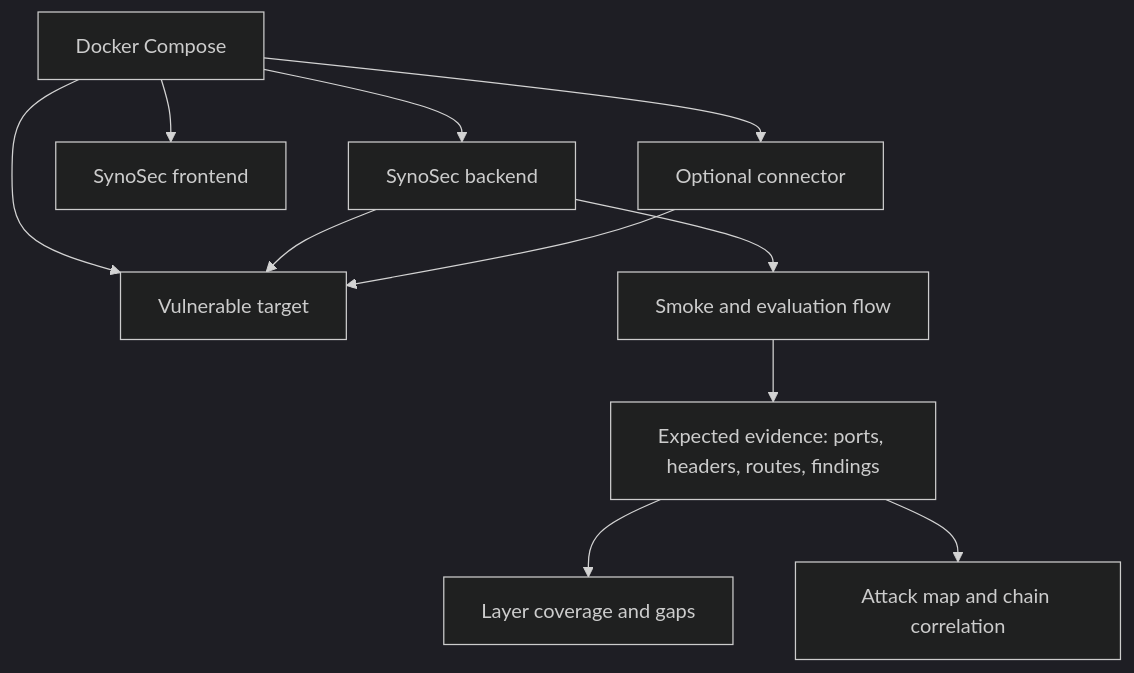
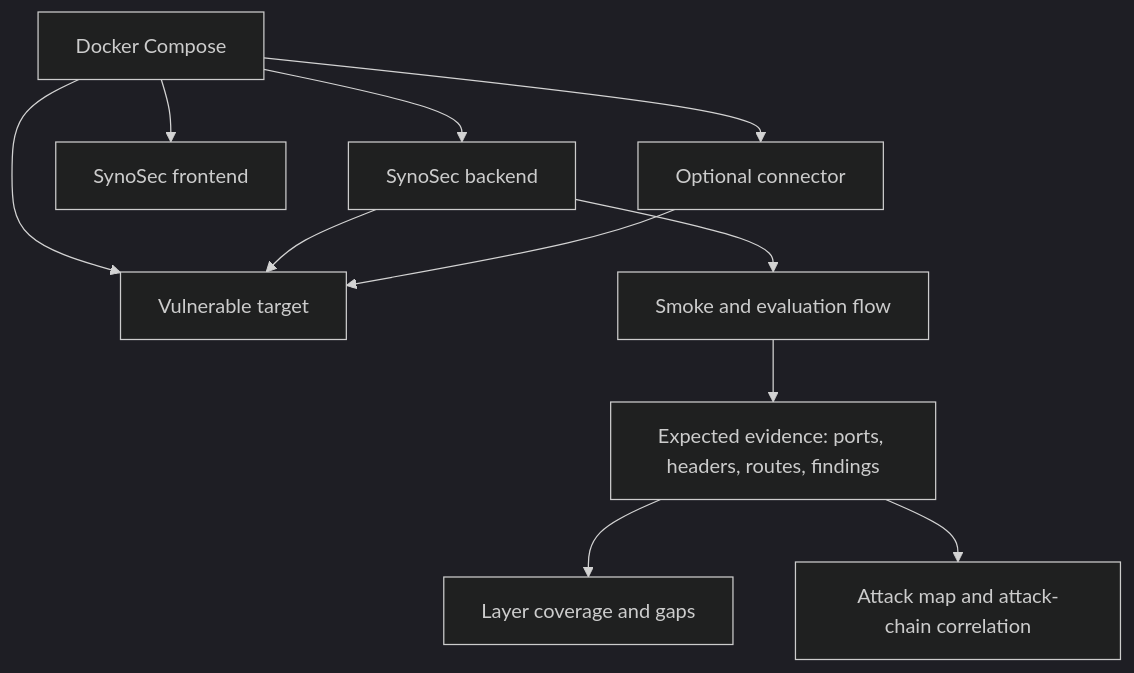
Before and after one commit to alsaifybashar/SynoSec-buildathon: the sixth of 6 diagrams in README.md, drawn with Mermaid (dark theme). The commit also changed other lines of this file and 15 other files, not shown here.

````diff
--- a/README.md
+++ b/README.md
@@ -207,14 +207,14 @@
 ```mermaid
 flowchart TD
     Compose[Docker Compose] --> Backend[SynoSec backend]
     Compose --> Frontend[SynoSec frontend]
     Compose --> Connector[Optional connector]
     Compose --> Range[Vulnerable target]
 
     Backend --> Range
     Connector --> Range
     Backend --> Smoke[Smoke and evaluation flow]
     Smoke --> Evidence[Expected evidence: ports, headers, routes, findings]
     Evidence --> Coverage[Layer coverage and gaps]
-    Evidence --> Map[Attack map and chain correlation]
+    Evidence --> Map[Attack map and attack-chain correlation]
 ```
````
